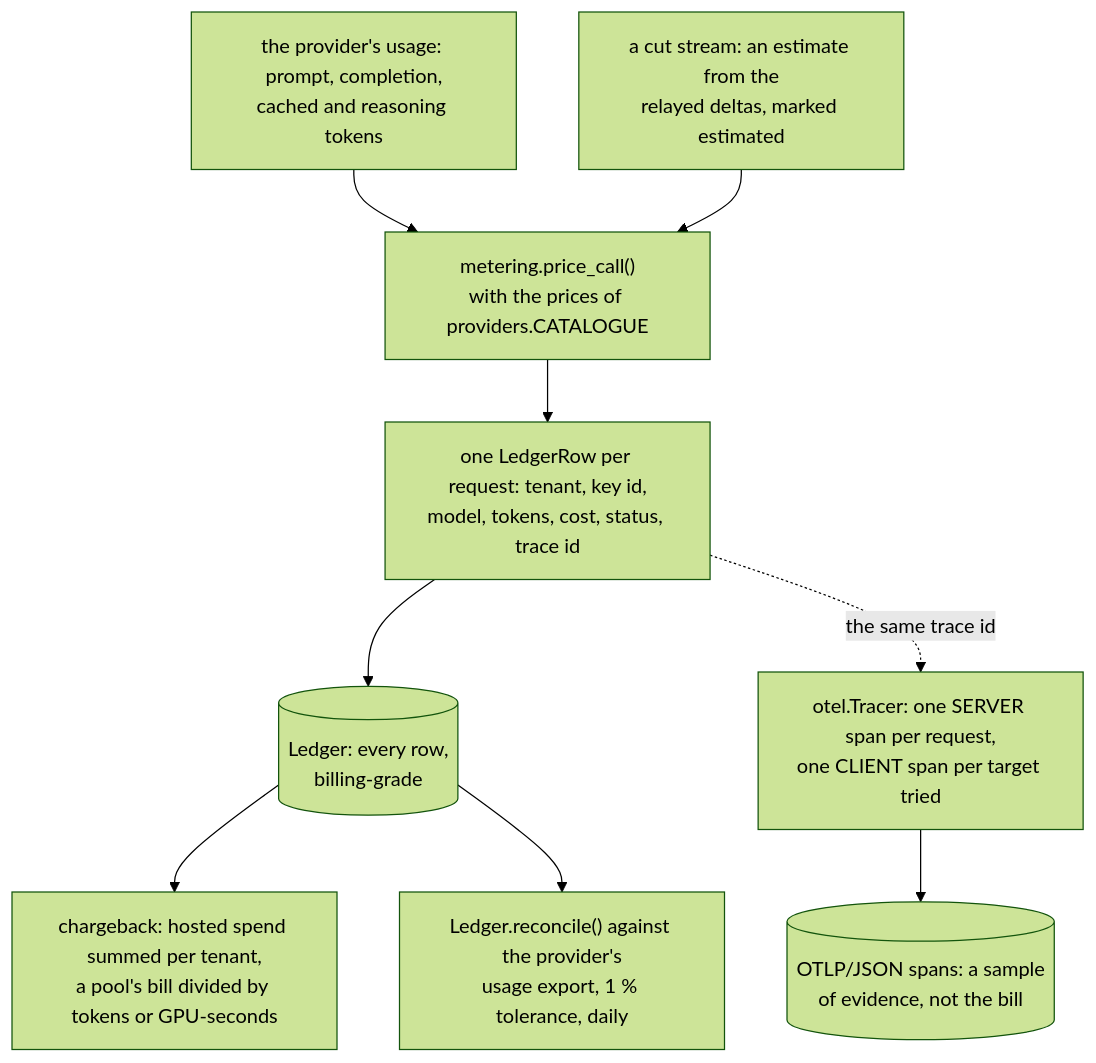
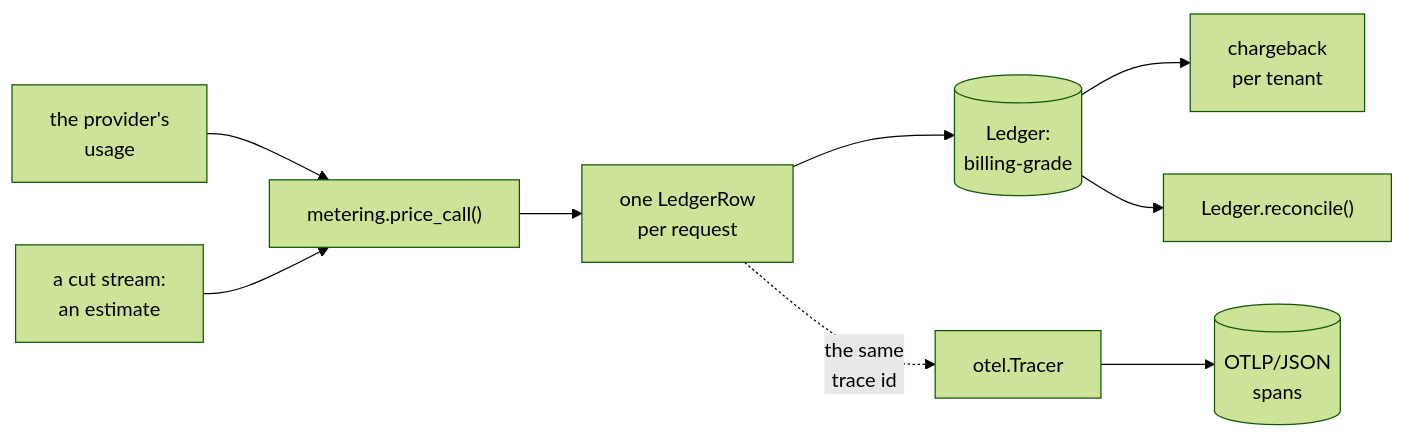
The seventh of 9 diagrams in 06-gateway/llm-gateway/PRIMER.md (aniryou/full-stack-agentic-engineer), drawn with Mermaid (forest theme) before and after one commit. The commit also changed other lines of this file and 633 other files, not shown here.

First line of the commit message:
Accessible language and one-screen figures, part 1: every figure fits a screen, the STE second pass over the layers (#53)

````diff
--- a/06-gateway/llm-gateway/PRIMER.md
+++ b/06-gateway/llm-gateway/PRIMER.md
@@ -706,11 +710,11 @@
 ```mermaid
-flowchart TB
-    U["the provider's usage: prompt, completion,<br/>cached and reasoning tokens"] --> PR["metering.price_call()<br/>with the prices of providers.CATALOGUE"]
-    EST["a cut stream: an estimate from the<br/>relayed deltas, marked estimated"] --> PR
-    PR --> ROW["one LedgerRow per request: tenant, key id,<br/>model, tokens, cost, status, trace id"]
-    ROW --> LED[("Ledger: every row,<br/>billing-grade")]
-    LED --> CB["chargeback: hosted spend summed per tenant,<br/>a pool's bill divided by tokens or GPU-seconds"]
-    LED --> REC["Ledger.reconcile() against the provider's<br/>usage export, 1 % tolerance, daily"]
-    ROW -. "the same trace id" .-> TR["otel.Tracer: one SERVER span per request,<br/>one CLIENT span per target tried"]
-    TR --> SP[("OTLP/JSON spans: a sample<br/>of evidence, not the bill")]
+flowchart LR
+    U["the provider's<br/>usage"] --> PR["metering.price_call()"]
+    EST["a cut stream:<br/>an estimate"] --> PR
+    PR --> ROW["one LedgerRow<br/>per request"]
+    ROW --> LED[("Ledger:<br/>billing-grade")]
+    LED --> CB["chargeback<br/>per tenant"]
+    LED --> REC["Ledger.reconcile()"]
+    ROW -. "the same<br/>trace id" .-> TR["otel.Tracer"]
+    TR --> SP[("OTLP/JSON<br/>spans")]
 ```
````
